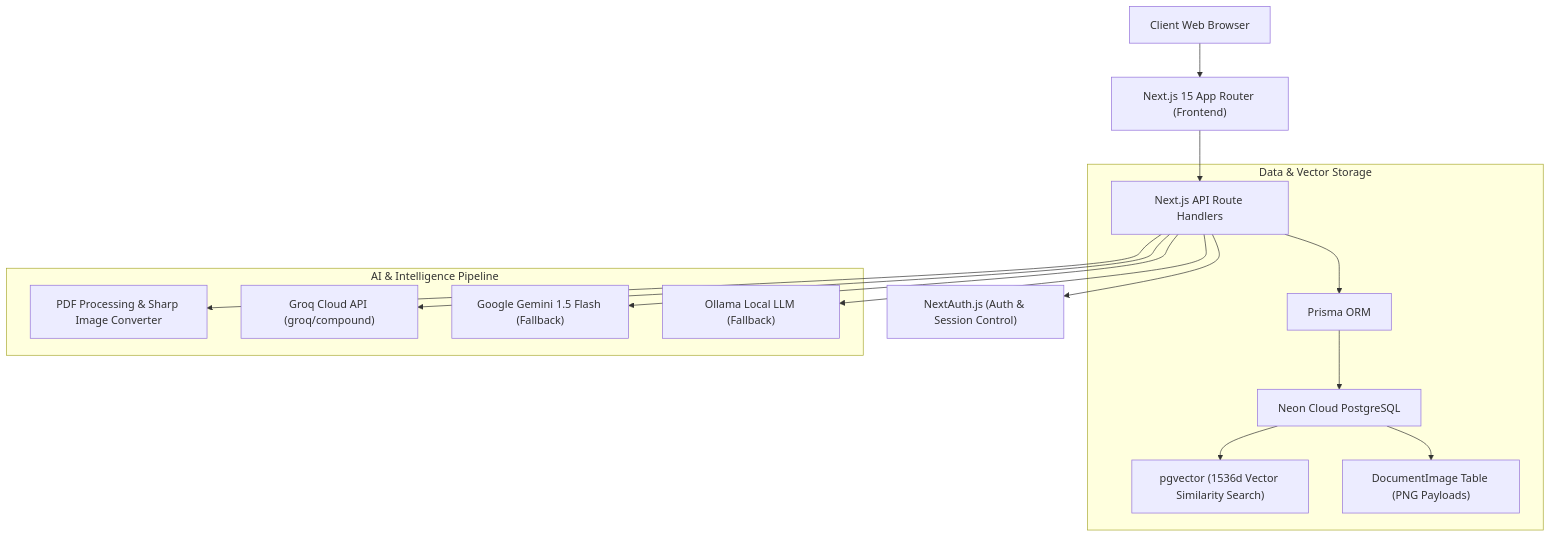
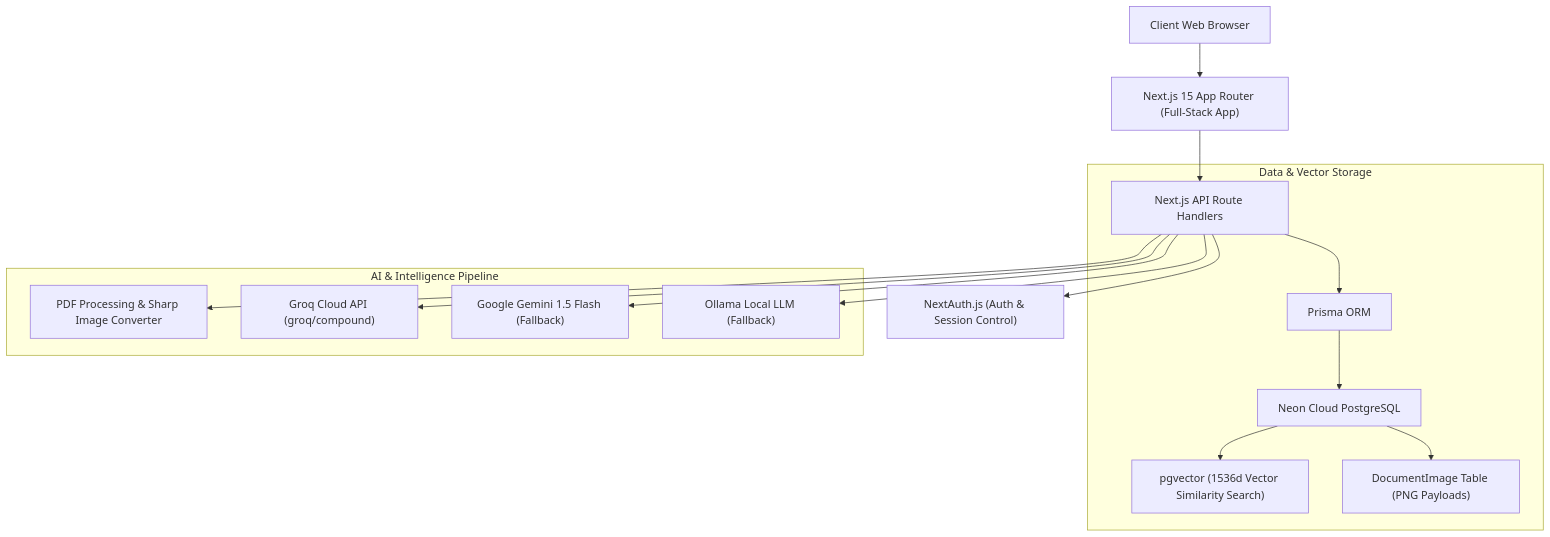
One commit to NutkamonIn/AI-Document-Management-System changed the diagram in README.md. Above: the diagram before and after it, drawn with Mermaid. The commit also changed other lines of this file and 169 other files, not shown here.

Commit message:
Refactor project architecture: Flatten full-stack application structure to repository root level

````diff
--- a/README.md
+++ b/README.md
@@ -23,20 +23,20 @@
 ```mermaid
 flowchart TD
-    A["Client Web Browser"] --> B["Next.js 15 App Router (Frontend)"]
+    A["Client Web Browser"] --> B["Next.js 15 App Router (Full-Stack App)"]
     B --> C["Next.js API Route Handlers"]
     C --> D["NextAuth.js (Auth & Session Control)"]
     
     subgraph "Data & Vector Storage"
         C --> E["Prisma ORM"]
         E --> F["Neon Cloud PostgreSQL"]
         F --> G["pgvector (1536d Vector Similarity Search)"]
         F --> H["DocumentImage Table (PNG Payloads)"]
     end
     
     subgraph "AI & Intelligence Pipeline"
         C --> I["PDF Processing & Sharp Image Converter"]
         C --> J["Groq Cloud API (groq/compound)"]
         C --> K["Google Gemini 1.5 Flash (Fallback)"]
         C --> L["Ollama Local LLM (Fallback)"]
     end
 ```
````
